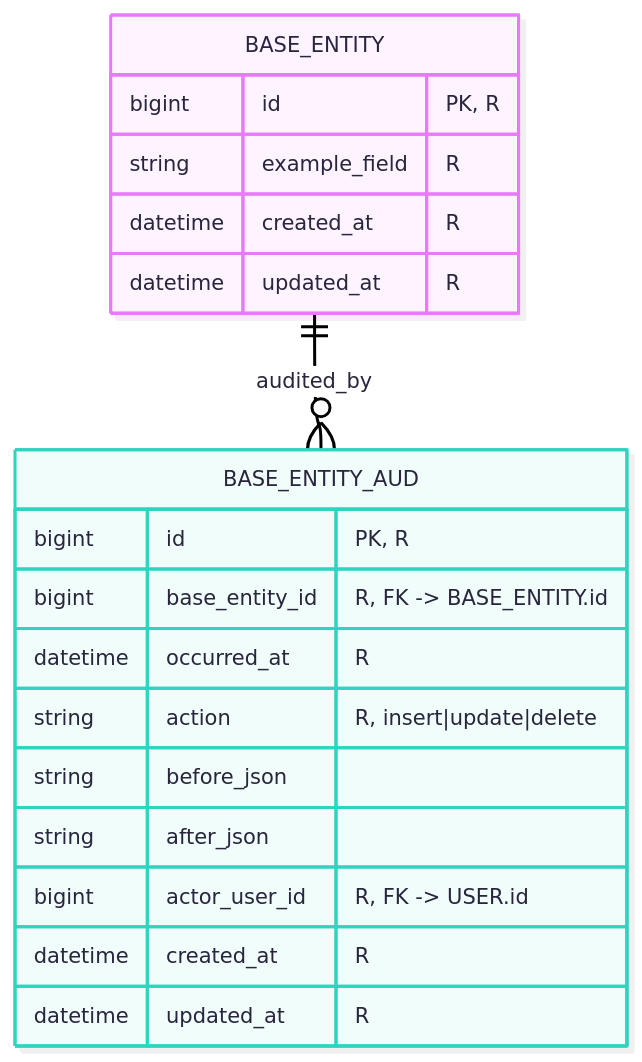
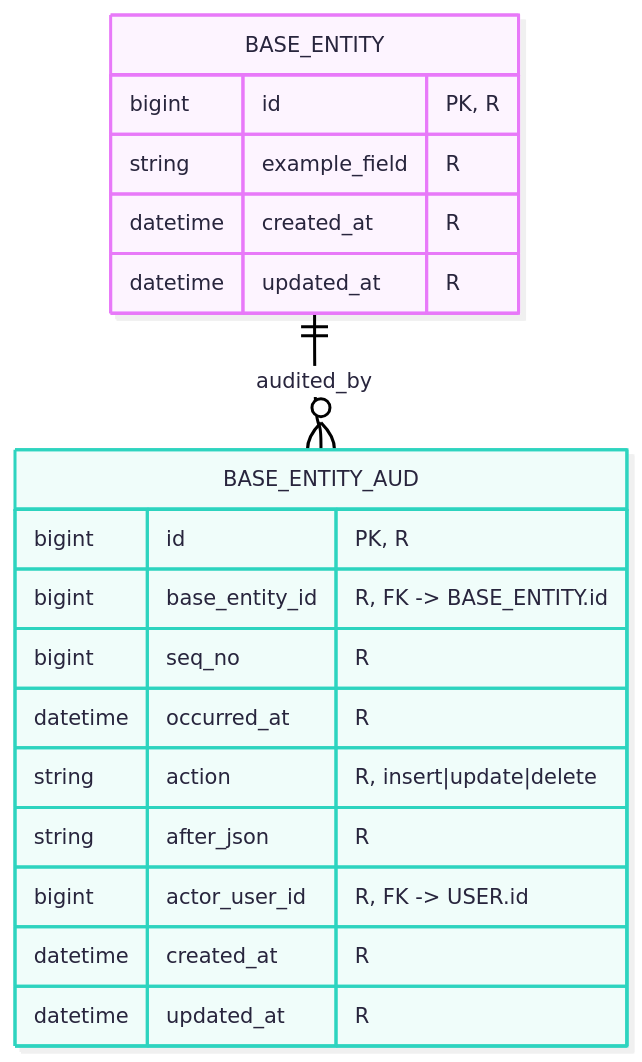
One commit to jic48-rutgers/FitDB changed the eighth of 8 diagrams in docs/ERDs.md. Above: the diagram before and after it, drawn with Mermaid. The commit also changed other lines of this file and 1 other file, not shown here.

Commit message:
updated audit table structure to not use before_json and to use seq_no for reliability

````diff
--- a/docs/ERDs.md
+++ b/docs/ERDs.md
@@ -763,30 +763,30 @@
 ```mermaid
 ---
 config:
   theme: redux-color
   look: neo
   layout: elk
   elk: { mergeEdges: True, nodePlacementStrategy: LINEAR_SEGMENTS }
 ---
 erDiagram
     BASE_ENTITY ||--o{ BASE_ENTITY_AUD : audited_by
 
     BASE_ENTITY {
         bigint id "PK, R"
         string example_field "R"
         datetime created_at "R"
         datetime updated_at "R"
     }
 
     BASE_ENTITY_AUD {
         bigint id "PK, R"
         bigint base_entity_id "R, FK -> BASE_ENTITY.id"
+        bigint seq_no "R"
         datetime occurred_at "R"
         string action "R, insert|update|delete"
-        string before_json ""
-        string after_json ""
+        string after_json "R"
         bigint actor_user_id "R, FK -> USER.id"
         datetime created_at "R"
         datetime updated_at "R"
     }
 ```
````
